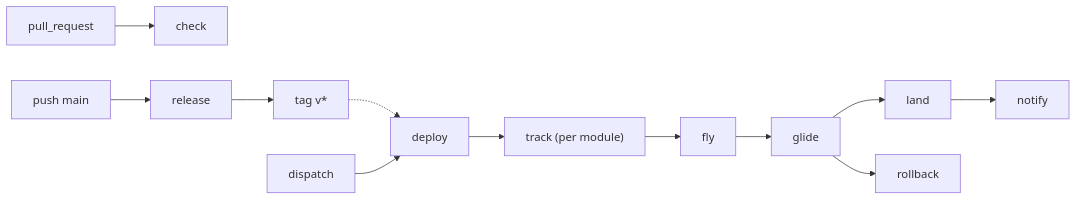
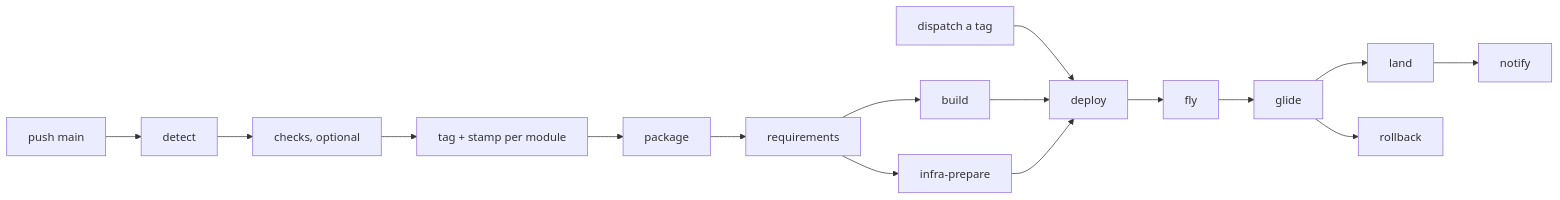
The diagram in README.md (br4zz4/pipelines), drawn with Mermaid before and after one commit. The commit also changed other lines of this file and 1 other file, not shown here.

Commit message:
docs: code/infra, tag por modulo e url do glide

````diff
--- a/README.md
+++ b/README.md
@@ -24,10 +28,12 @@
 ```mermaid
 flowchart LR
-  pr[pull_request] --> check[check]
-  main[push main] --> release[release] --> tag[tag v*]
-  tag -.-> deploy
-  dispatch[dispatch] --> deploy
-  deploy --> track["track (per module)"]
-  track --> fly --> glide --> land --> notify
+  main[push main] --> detect[detect] --> checks[checks, optional] --> tag[tag + stamp per module]
+  tag --> pack[package]
+  dispatch[dispatch a tag] --> deploy
+  pack --> req[requirements] --> build
+  req --> prepare[infra-prepare]
+  build --> deploy[deploy]
+  prepare --> deploy
+  deploy --> fly --> glide --> land --> notify
   glide --> rollback
 ```
````
